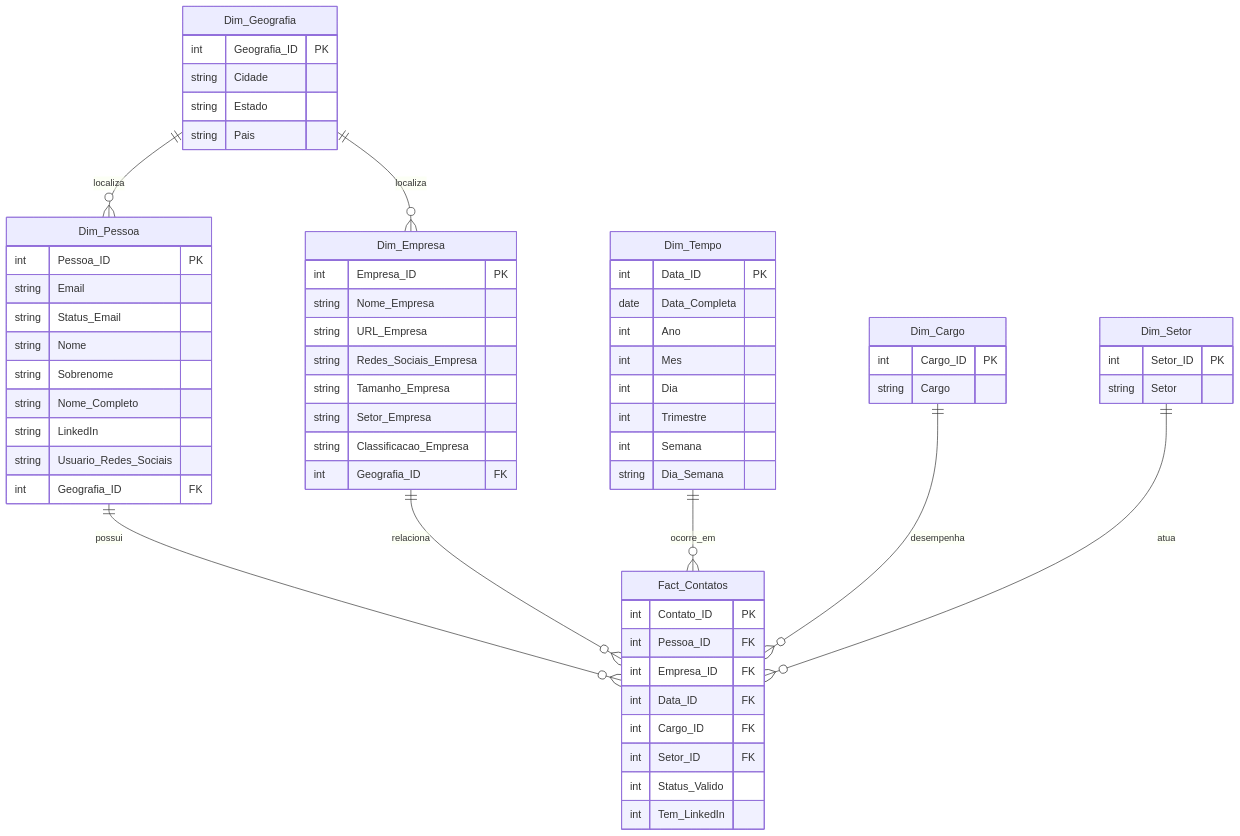
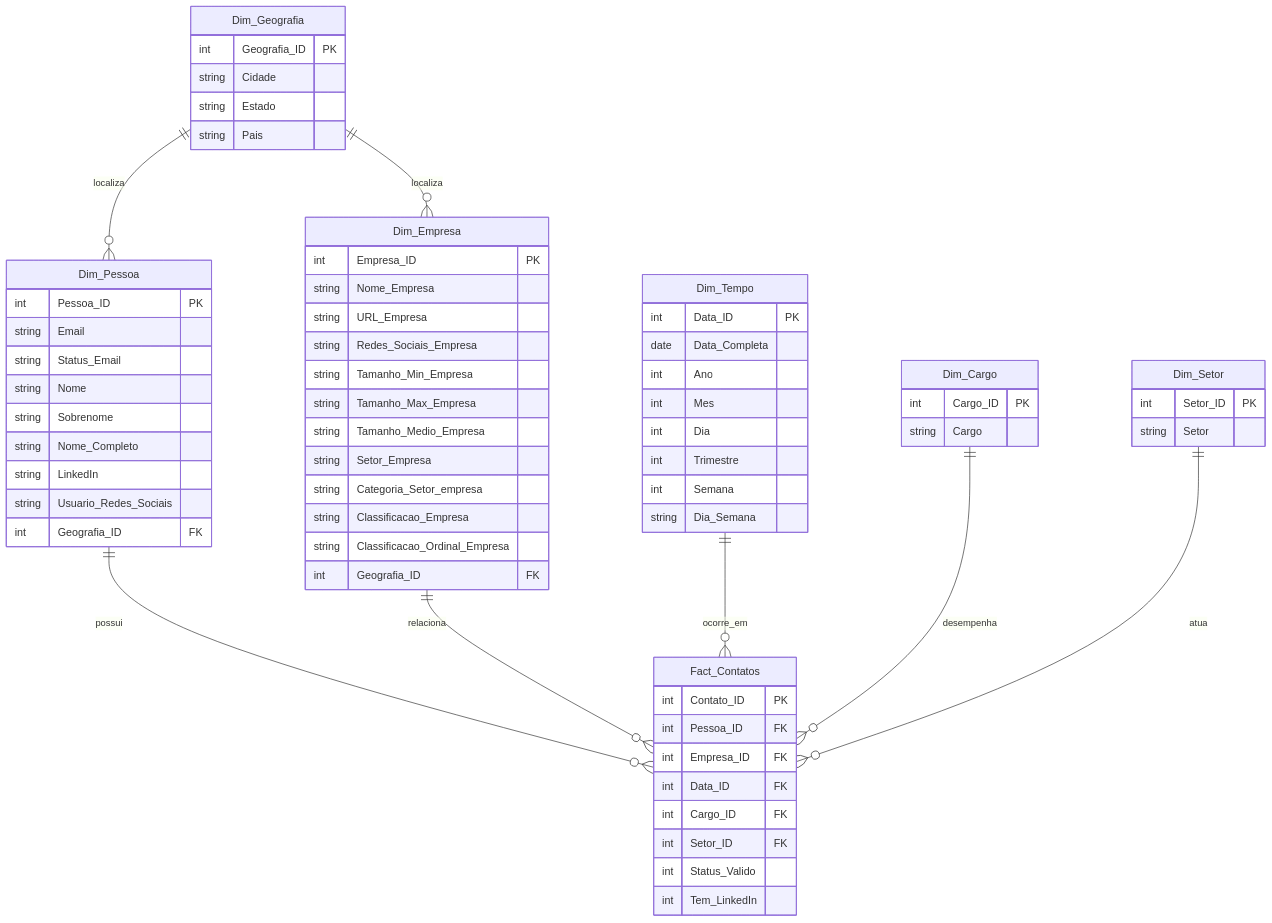
Before and after one commit to Germano-Silva/DTIH-Data-Analytics-for-Management: the diagram in Módulo_2_Ferramentas_de_TI/Exercicios/Exercicio_01/Relatorio_Exercicio_01.md, drawn with Mermaid.

Commit message:
Relatorio

````diff
--- a/Módulo_2_Ferramentas_de_TI/Exercicios/Exercicio_01/Relatorio_Exercicio_01.md
+++ b/Módulo_2_Ferramentas_de_TI/Exercicios/Exercicio_01/Relatorio_Exercicio_01.md
@@ -864,66 +864,70 @@
 ```mermaid
    erDiagram
       Dim_Pessoa ||--o{ Fact_Contatos : "possui"
       Dim_Empresa ||--o{ Fact_Contatos : "relaciona"
       Dim_Geografia ||--o{ Dim_Pessoa : "localiza"
       Dim_Geografia ||--o{ Dim_Empresa : "localiza"
       Dim_Tempo ||--o{ Fact_Contatos : "ocorre_em"
       Dim_Cargo ||--o{ Fact_Contatos : "desempenha"
       Dim_Setor ||--o{ Fact_Contatos : "atua"
       Dim_Pessoa {
          int Pessoa_ID PK
          string Email
          string Status_Email
          string Nome
          string Sobrenome
          string Nome_Completo
          string LinkedIn
          string Usuario_Redes_Sociais
          int Geografia_ID FK
       }
       Dim_Empresa {
          int Empresa_ID PK
          string Nome_Empresa
          string URL_Empresa
          string Redes_Sociais_Empresa
-         string Tamanho_Empresa
+         string Tamanho_Min_Empresa
+         string Tamanho_Max_Empresa
+         string Tamanho_Medio_Empresa
          string Setor_Empresa
+         string Categoria_Setor_empresa
          string Classificacao_Empresa
+         string Classificacao_Ordinal_Empresa
          int Geografia_ID FK
       }
       Dim_Geografia {
          int Geografia_ID PK
          string Cidade
          string Estado
          string Pais
       }
       Dim_Tempo {
          int Data_ID PK
          date Data_Completa
          int Ano
          int Mes
          int Dia
          int Trimestre
          int Semana
          string Dia_Semana
       }
       Dim_Cargo {
          int Cargo_ID PK
          string Cargo
       }
       Dim_Setor {
          int Setor_ID PK
          string Setor
       }
       Fact_Contatos {
          int Contato_ID PK
          int Pessoa_ID FK
          int Empresa_ID FK
          int Data_ID FK
          int Cargo_ID FK
          int Setor_ID FK
          int Status_Valido
          int Tem_LinkedIn
       }
 
 ```
````
